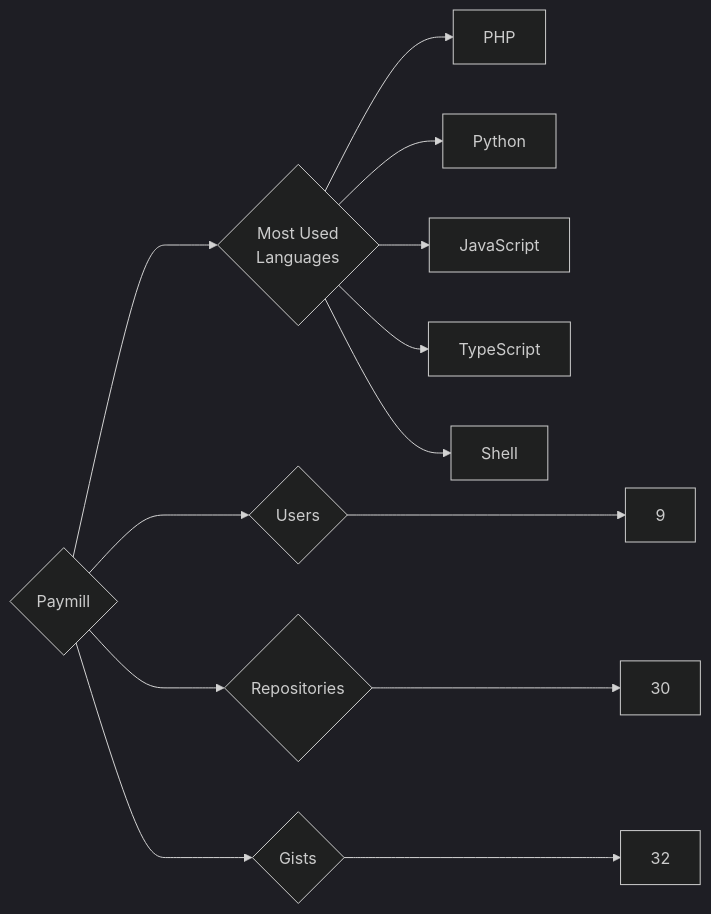
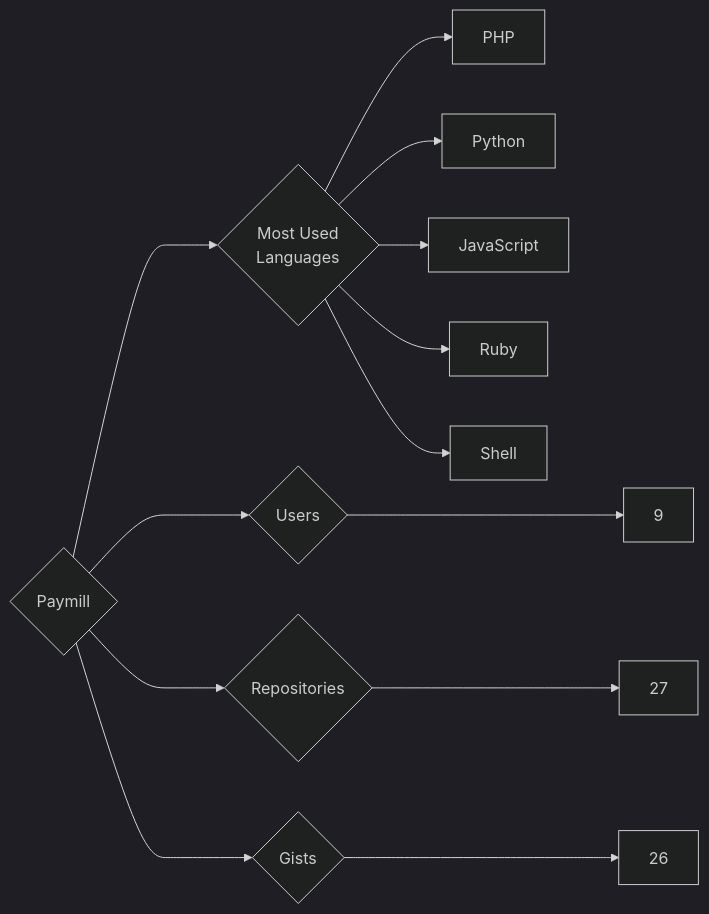
One commit to trickest/insiders changed the diagram in targets/Paymill/README.md. Above: the diagram before and after it, drawn with Mermaid (dark theme). The commit also changed 1389 other files, not shown here.

````diff
--- a/targets/Paymill/README.md
+++ b/targets/Paymill/README.md
@@ -3,13 +3,13 @@
 ```mermaid
 graph LR
 COMPANY_NAME{Paymill}
 COMPANY_NAME ---> U{Users} ---> UN[9]
-COMPANY_NAME ---> R{Repositories} ---> RN[30]
-COMPANY_NAME ---> G{Gists} ---> GN[32]
+COMPANY_NAME ---> R{Repositories} ---> RN[27]
+COMPANY_NAME ---> G{Gists} ---> GN[26]
 COMPANY_NAME ---> ML{Most Used<br>Languages}
 ML --> PHP[PHP]
 ML --> Python[Python]
 ML --> JavaScript[JavaScript]
-ML --> TypeScript[TypeScript]
+ML --> Ruby[Ruby]
 ML --> Shell[Shell]
 ```
````
